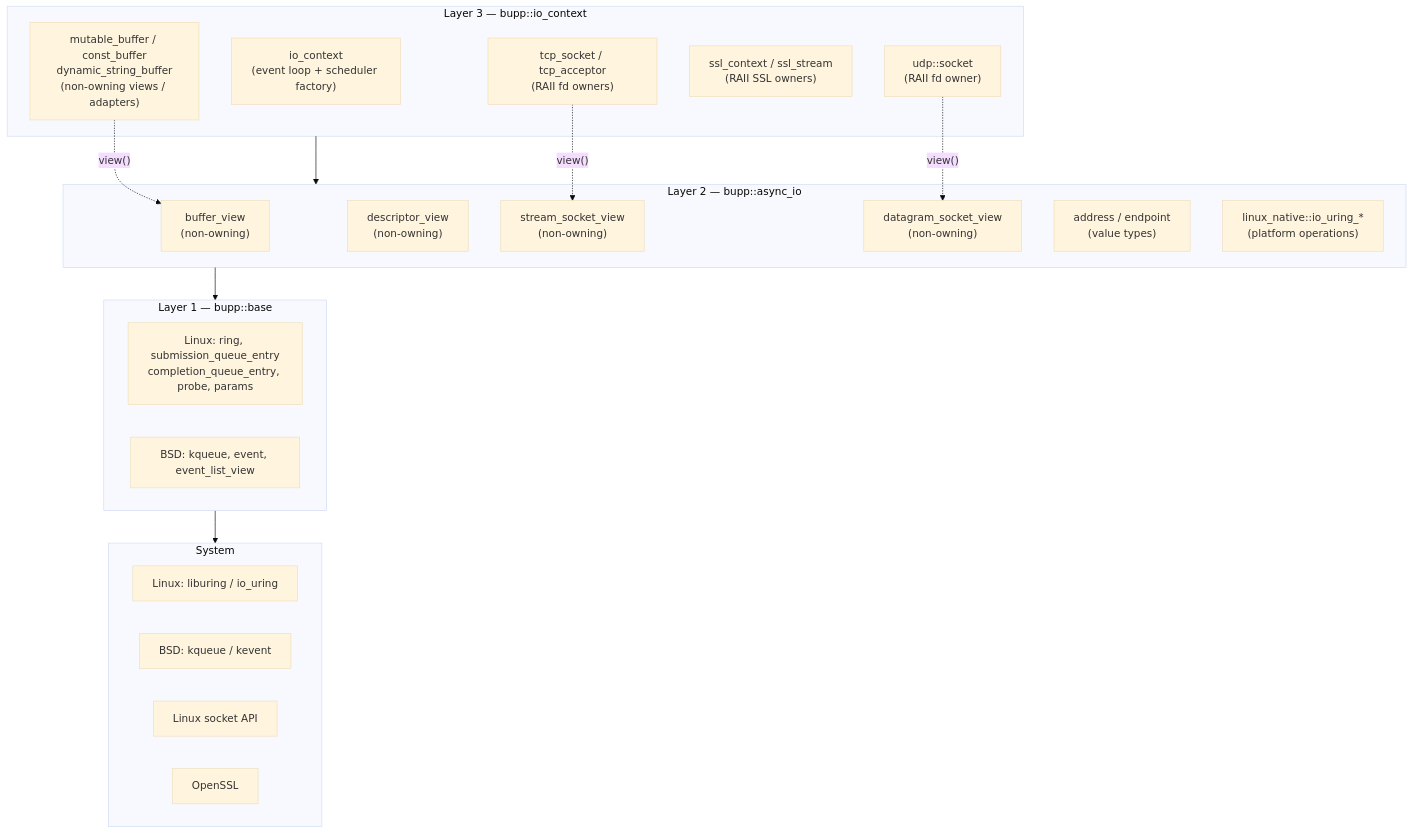
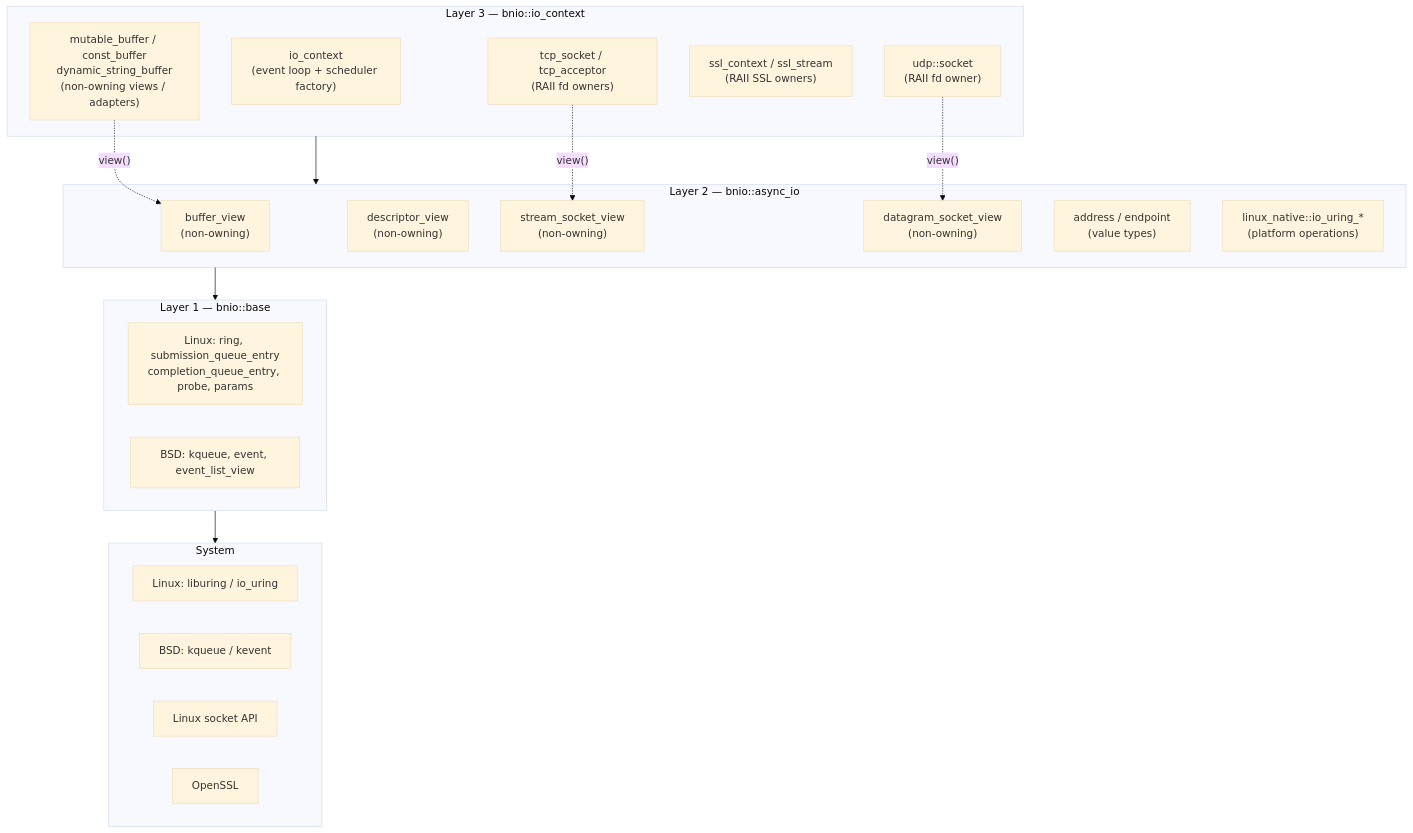
One commit to haomingbai/bnio changed the first of 2 diagrams in docs/design/architecture/layers.md. Above: the diagram before and after it, drawn with Mermaid (base theme). The commit also changed other lines of this file and 428 other files, not shown here.

First line of the commit message:
refactor!: rename project from bupp to bnio

````diff
--- a/docs/design/architecture/layers.md
+++ b/docs/design/architecture/layers.md
@@ -3,38 +3,38 @@
 ```mermaid
 graph TB
-    subgraph L3["Layer 3 — bupp::io_context"]
+    subgraph L3["Layer 3 — bnio::io_context"]
         C3_ctx["io_context<br/>(event loop + scheduler factory)"]
         C3_tcp["tcp_socket / tcp_acceptor<br/>(RAII fd owners)"]
         C3_udp["udp::socket<br/>(RAII fd owner)"]
         C3_ssl["ssl_context / ssl_stream<br/>(RAII SSL owners)"]
         C3_buf["mutable_buffer / const_buffer<br/>dynamic_string_buffer<br/>(non-owning views / adapters)"]
     end
 
-    subgraph L2["Layer 2 — bupp::async_io"]
+    subgraph L2["Layer 2 — bnio::async_io"]
         C2_buf["buffer_view<br/>(non-owning)"]
         C2_desc["descriptor_view<br/>(non-owning)"]
         C2_stream["stream_socket_view<br/>(non-owning)"]
         C2_datagram["datagram_socket_view<br/>(non-owning)"]
         C2_ip["address / endpoint<br/>(value types)"]
         C2_native["linux_native::io_uring_*<br/>(platform operations)"]
     end
 
-    subgraph L1["Layer 1 — bupp::base"]
+    subgraph L1["Layer 1 — bnio::base"]
         C1_linux["Linux: ring, submission_queue_entry<br/>completion_queue_entry, probe, params"]
         C1_bsd["BSD: kqueue, event, event_list_view"]
     end
 
     subgraph SYS["System"]
         S1["Linux: liburing / io_uring"]
         S2["BSD: kqueue / kevent"]
         S3["Linux socket API"]
         S4["OpenSSL"]
     end
 
     L1 --> SYS
     L2 --> L1
     L3 --> L2
     C3_tcp -.->|"view()"| C2_stream
     C3_udp -.->|"view()"| C2_datagram
     C3_buf -.->|"view()"| C2_buf
 ```
````
